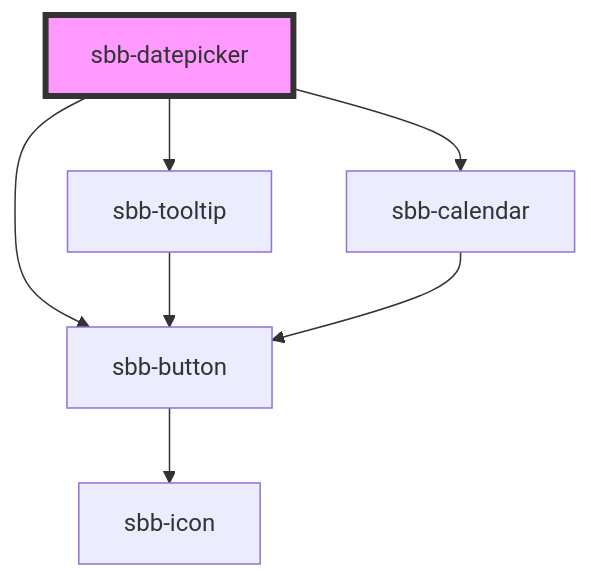
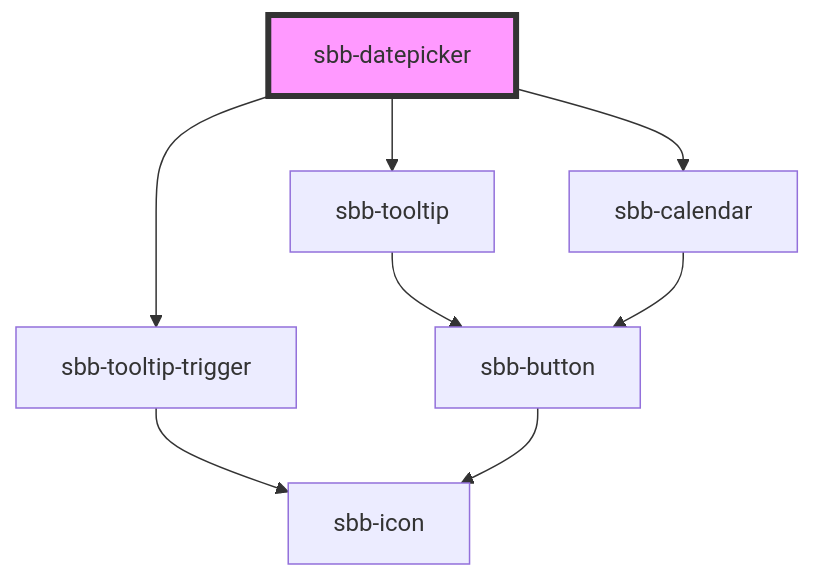
The diagram in src/components/sbb-datepicker/readme.md (sbb-design-systems/lyne-components), drawn with Mermaid before and after one commit. The commit also changed other lines of this file and 4 other files, not shown here.

Commit message:
feat: use tooltip trigger in datepicker

````diff
--- a/src/components/sbb-datepicker/readme.md
+++ b/src/components/sbb-datepicker/readme.md
@@ -25,10 +25,11 @@
 ```mermaid
 graph TD;
-  sbb-datepicker --> sbb-button
+  sbb-datepicker --> sbb-tooltip-trigger
   sbb-datepicker --> sbb-tooltip
   sbb-datepicker --> sbb-calendar
+  sbb-tooltip-trigger --> sbb-icon
+  sbb-tooltip --> sbb-button
   sbb-button --> sbb-icon
-  sbb-tooltip --> sbb-button
   sbb-calendar --> sbb-button
   style sbb-datepicker fill:#f9f,stroke:#333,stroke-width:4px
 ```
````
